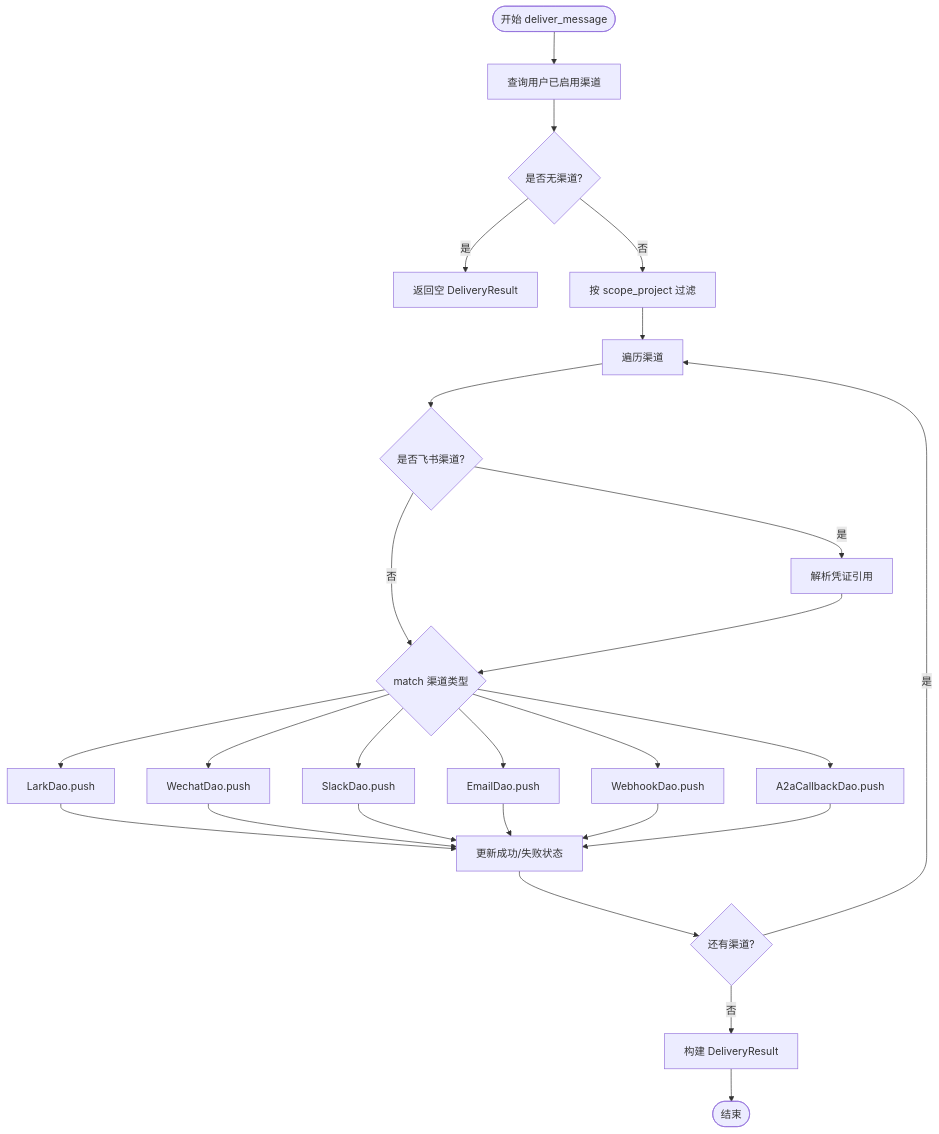
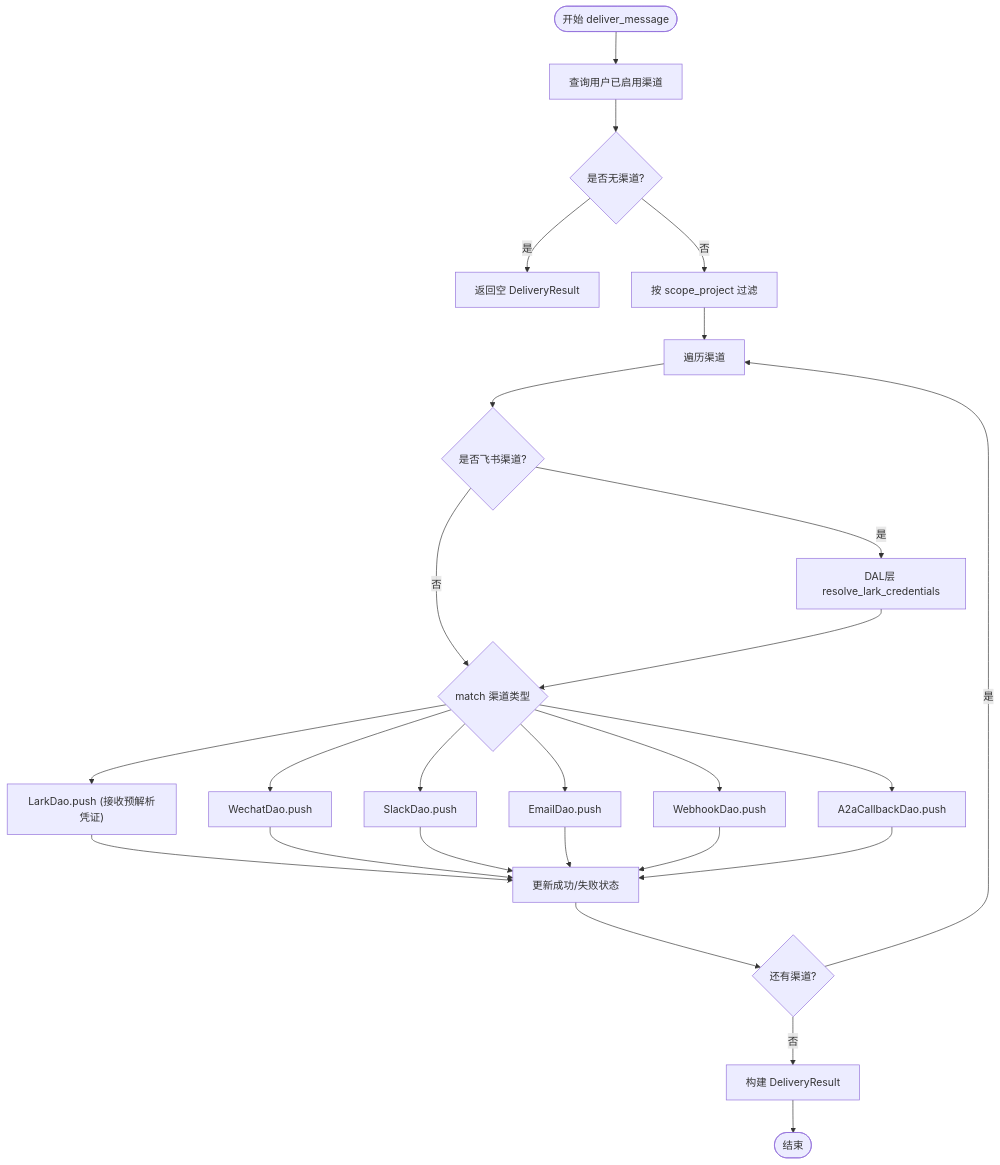
Before and after one commit to runningcoders/ai_orz: the fourth of 6 diagrams in .qoder/repowiki/zh/content/功能模块/消息系统/消息渠道管理.md, drawn with Mermaid. The commit also changed other lines of this file and 5 other files, not shown here.

````diff
--- a/.qoder/repowiki/zh/content/功能模块/消息系统/消息渠道管理.md
+++ b/.qoder/repowiki/zh/content/功能模块/消息系统/消息渠道管理.md
@@ -221,28 +240,28 @@
 ```mermaid
 flowchart TD
 Start(["开始 deliver_message"]) --> LoadChannels["查询用户已启用渠道"]
 LoadChannels --> Empty{"是否无渠道?"}
 Empty --> |是| ReturnEmpty["返回空 DeliveryResult"]
 Empty --> |否| FilterScope["按 scope_project 过滤"]
 FilterScope --> ForEach["遍历渠道"]
 ForEach --> CheckLark{"是否飞书渠道?"}
-CheckLark --> |是| ResolveCred["解析凭证引用"]
+CheckLark --> |是| ResolveCred["DAL层 resolve_lark_credentials"]
 CheckLark --> |否| PushMatch{"match 渠道类型"}
 ResolveCred --> PushMatch
-PushMatch --> Lark["LarkDao.push"]
+PushMatch --> Lark["LarkDao.push (接收预解析凭证)"]
 PushMatch --> Wechat["WechatDao.push"]
 PushMatch --> Slack["SlackDao.push"]
 PushMatch --> Email["EmailDao.push"]
 PushMatch --> Webhook["WebhookDao.push"]
 PushMatch --> A2A["A2aCallbackDao.push"]
 Lark --> UpdateStatus["更新成功/失败状态"]
 Wechat --> UpdateStatus
 Slack --> UpdateStatus
 Email --> UpdateStatus
 Webhook --> UpdateStatus
 A2A --> UpdateStatus
 UpdateStatus --> Next{"还有渠道?"}
 Next --> |是| ForEach
 Next --> |否| BuildResult["构建 DeliveryResult"]
 BuildResult --> End(["结束"])
 ```
````
